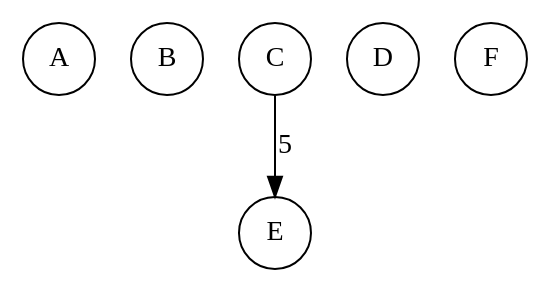
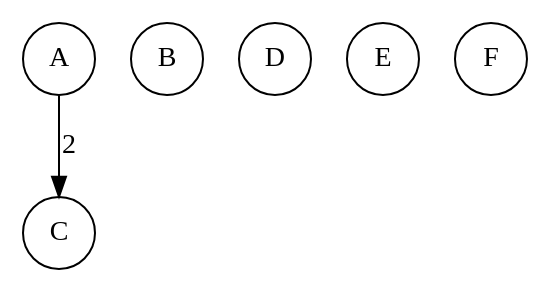
The diagram in concurrency-lab-2/bank/out/0000000000.gv (li23179/GO), drawn with Graphviz before and after one commit. The commit also changed 148 other files, not shown here.

```diff
--- a/concurrency-lab-2/bank/out/0000000000.gv
+++ b/concurrency-lab-2/bank/out/0000000000.gv
@@ -1,9 +1,9 @@
 digraph bank {
 	 0 [label= "A\n" , pos= "1,0!" , shape=circle, fixedsize=true, width=0.5 ]
 	 1 [label= "B\n" , pos= "0,1!" , shape=circle, fixedsize=true, width=0.5 ]
 	 2 [label= "C\n" , pos= "1,2!" , shape=circle, fixedsize=true, width=0.5 ]
 	 3 [label= "D\n" , pos= "2,2!" , shape=circle, fixedsize=true, width=0.5 ]
 	 4 [label= "E\n" , pos= "3,1!" , shape=circle, fixedsize=true, width=0.5 ]
 	 5 [label= "F\n" , pos= "2,0!" , shape=circle, fixedsize=true, width=0.5 ]
-	 "2" -> "4" [label= "5" ]
+	 "0" -> "2" [label= "2" ]
 }
```
